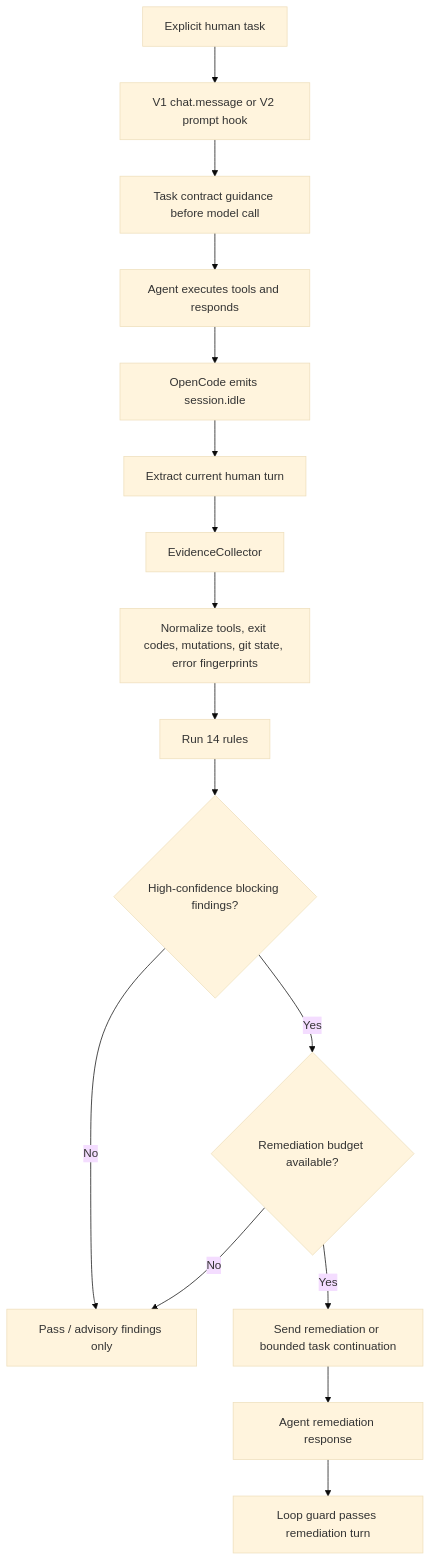
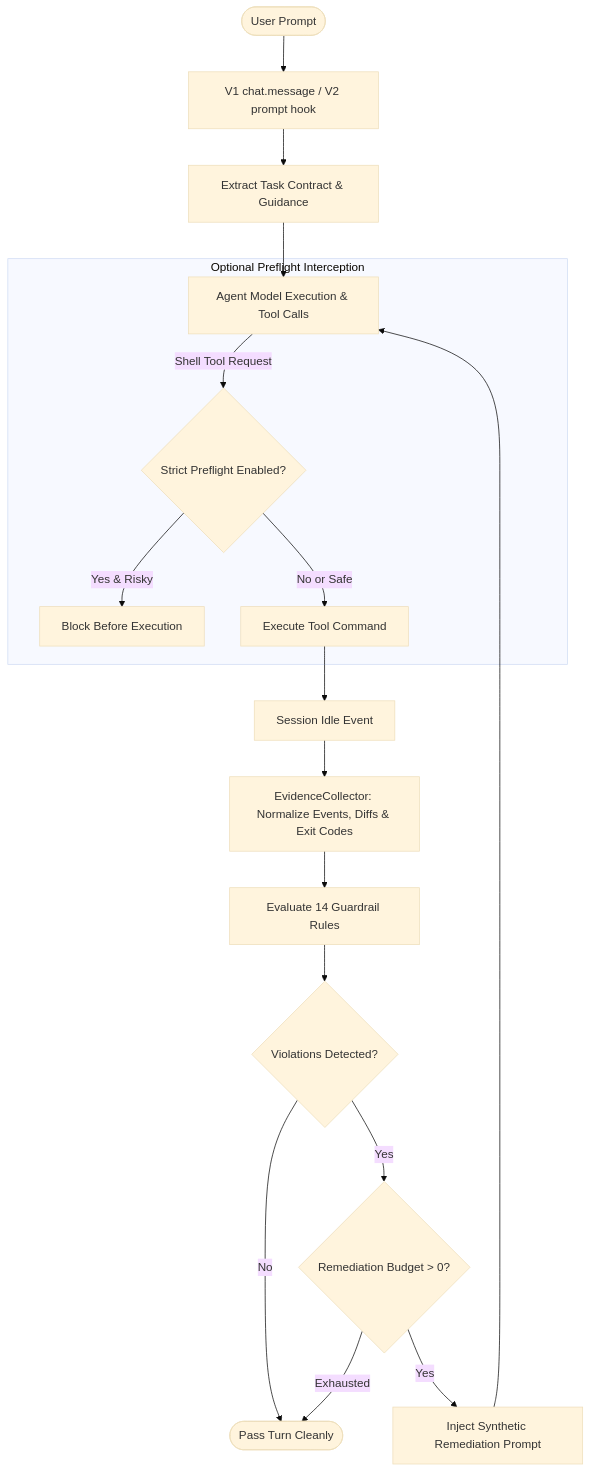
Before and after one commit to huseyincig/opencode-guard: the diagram in README.md, drawn with Mermaid (base theme). The commit also changed other lines of this file and 17 other files, not shown here.

````diff
--- a/README.md
+++ b/README.md
@@ -242,18 +220,23 @@
 ```mermaid
 flowchart TD
-    Z[Explicit human task] --> Y[V1 chat.message or V2 prompt hook]
-    Y --> X[Task contract guidance before model call]
-    X --> A[Agent executes tools and responds]
-    A --> B[OpenCode emits session.idle]
-    B --> C[Extract current human turn]
-    C --> D[EvidenceCollector]
-    D --> E[Normalize tools, exit codes, mutations, git state, error fingerprints]
-    E --> F[Run 14 rules]
-    F --> G{High-confidence blocking findings?}
-    G -->|No| H[Pass / advisory findings only]
-    G -->|Yes| I{Remediation budget available?}
-    I -->|No| H
-    I -->|Yes| J[Send remediation or bounded task continuation]
-    J --> K[Agent remediation response]
-    K --> L[Loop guard passes remediation turn]
+    User([User Prompt]) --> PreHook[V1 chat.message / V2 prompt hook]
+    PreHook --> Contract[Extract Task Contract & Guidance]
+    Contract --> Agent[Agent Model Execution & Tool Calls]
+    
+    subgraph Preflight [Optional Preflight Interception]
+        Agent -->|Shell Tool Request| PreflightCheck{Strict Preflight Enabled?}
+        PreflightCheck -->|Yes & Risky| BlockPreflight[Block Before Execution]
+        PreflightCheck -->|No or Safe| ExecTool[Execute Tool Command]
+    end
+    
+    ExecTool --> IdleEvent[Session Idle Event]
+    IdleEvent --> Collector[EvidenceCollector: Normalize Events, Diffs & Exit Codes]
+    Collector --> Evaluator[Evaluate 14 Guardrail Rules]
+    
+    Evaluator --> Decision{Violations Detected?}
+    Decision -->|No| Pass([Pass Turn Cleanly])
+    Decision -->|Yes| Budget{Remediation Budget > 0?}
+    Budget -->|Yes| Remediate[Inject Synthetic Remediation Prompt]
+    Budget -->|Exhausted| Pass
+    Remediate --> Agent
 ```
````
